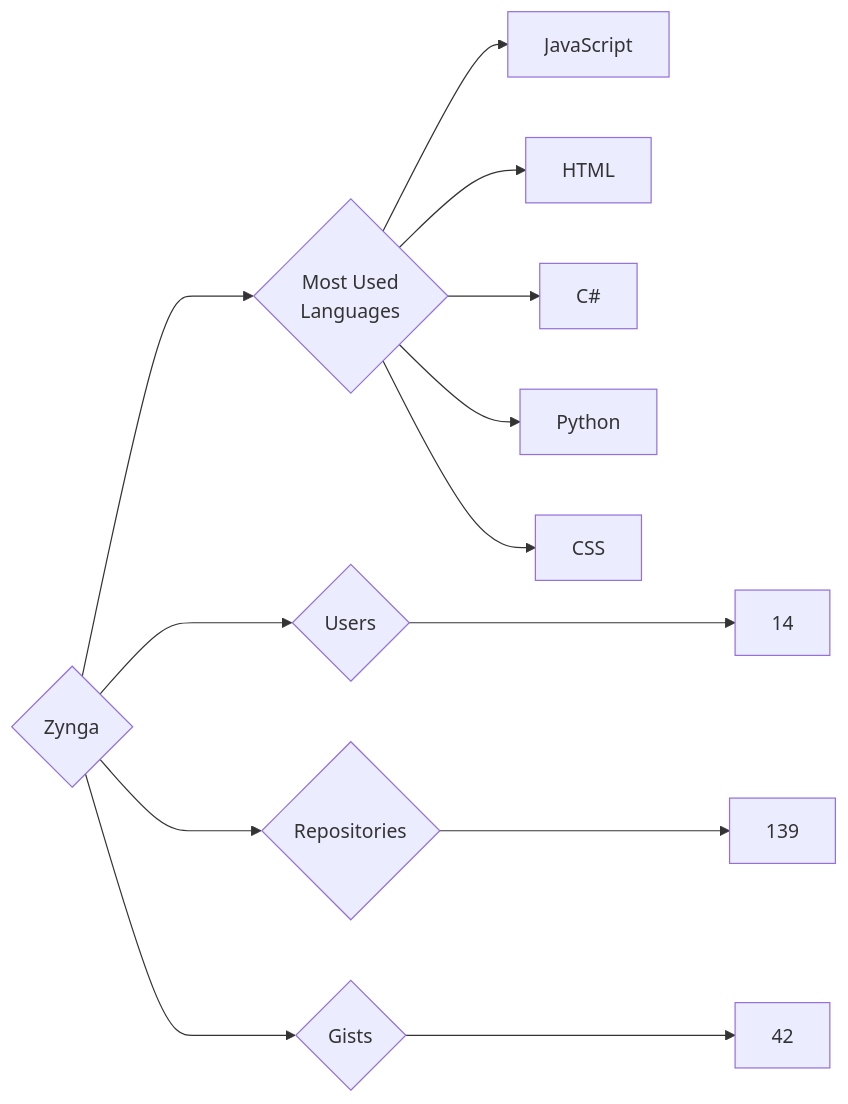
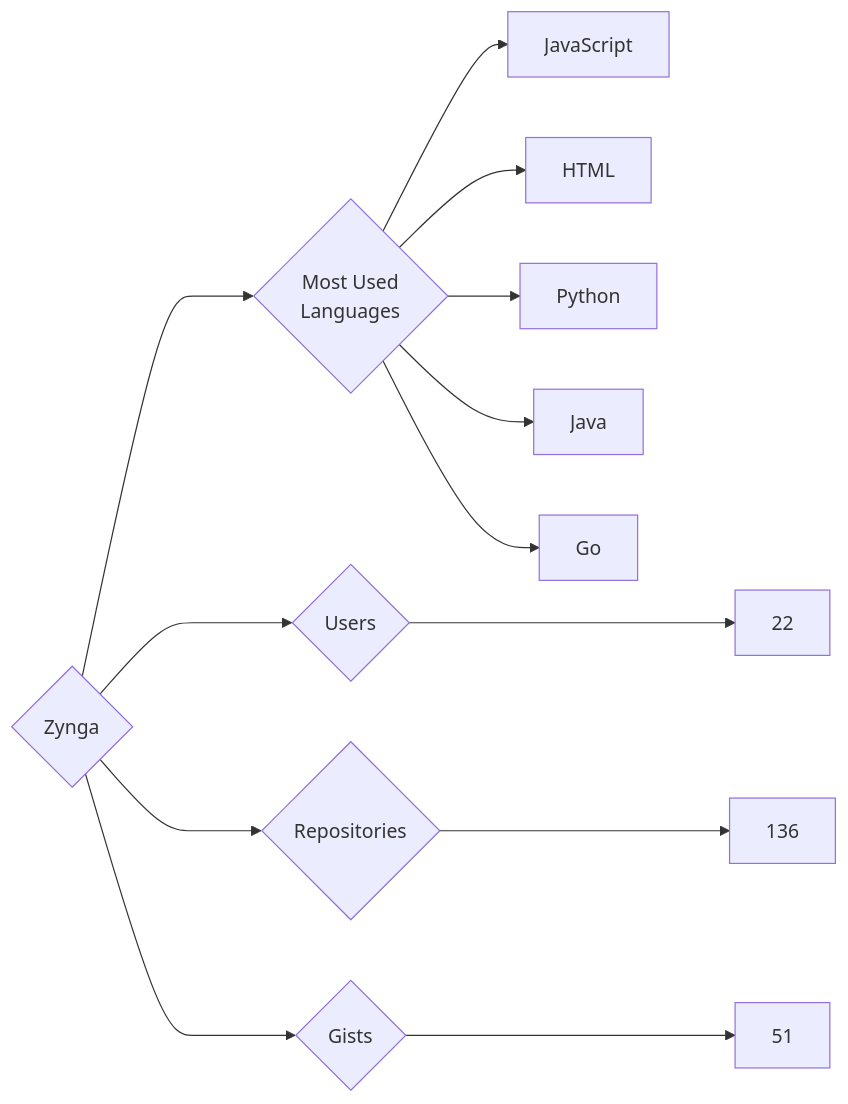
One commit to trickest/insiders changed the diagram in targets/Zynga/README.md. Above: the diagram before and after it, drawn with Mermaid. The commit also changed 1011 other files, not shown here.

````diff
--- a/targets/Zynga/README.md
+++ b/targets/Zynga/README.md
@@ -3,13 +3,13 @@
 ```mermaid
 graph LR
 COMPANY_NAME{Zynga}
-COMPANY_NAME ---> U{Users} ---> UN[14]
-COMPANY_NAME ---> R{Repositories} ---> RN[139]
-COMPANY_NAME ---> G{Gists} ---> GN[42]
+COMPANY_NAME ---> U{Users} ---> UN[22]
+COMPANY_NAME ---> R{Repositories} ---> RN[136]
+COMPANY_NAME ---> G{Gists} ---> GN[51]
 COMPANY_NAME ---> ML{Most Used<br>Languages}
 ML --> JavaScript[JavaScript]
 ML --> HTML[HTML]
-ML --> C#[C#]
 ML --> Python[Python]
-ML --> CSS[CSS]
+ML --> Java[Java]
+ML --> Go[Go]
 ```
````
